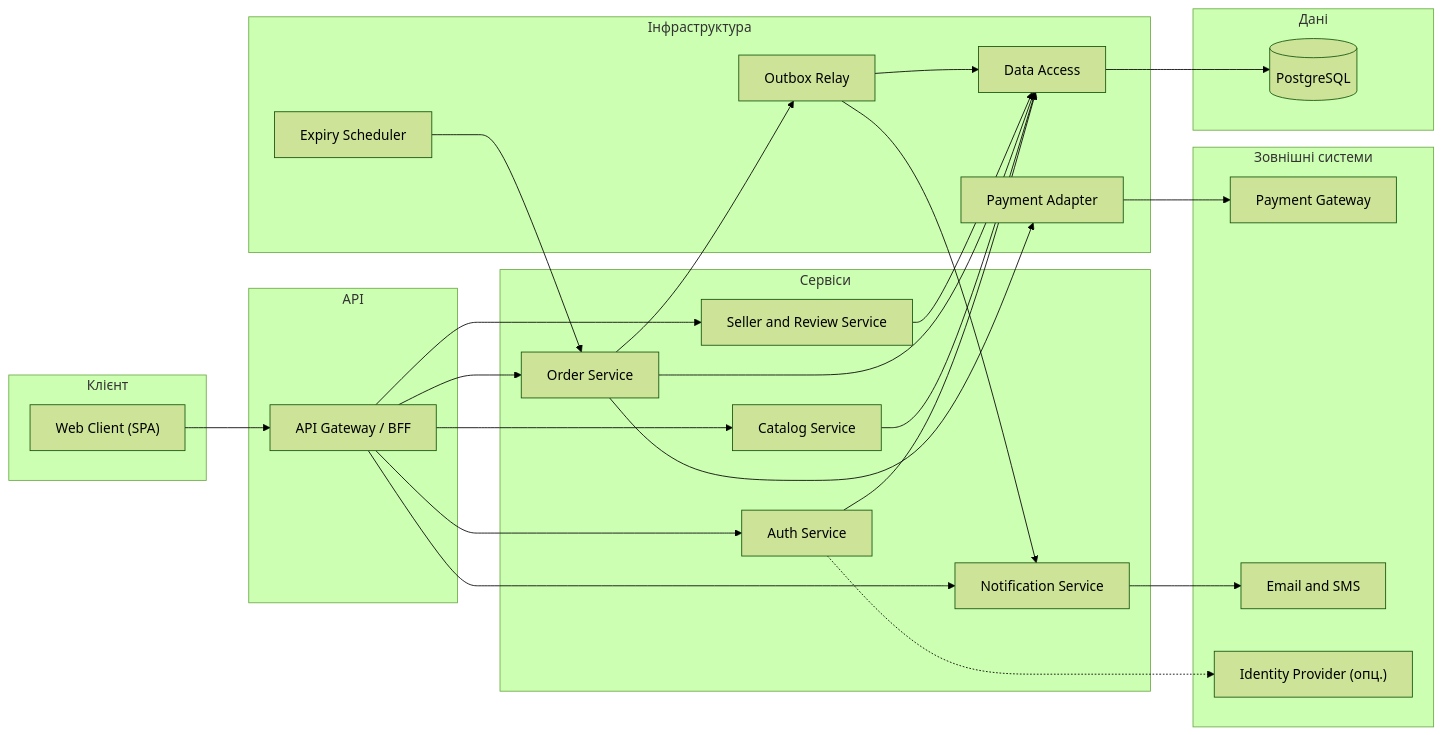
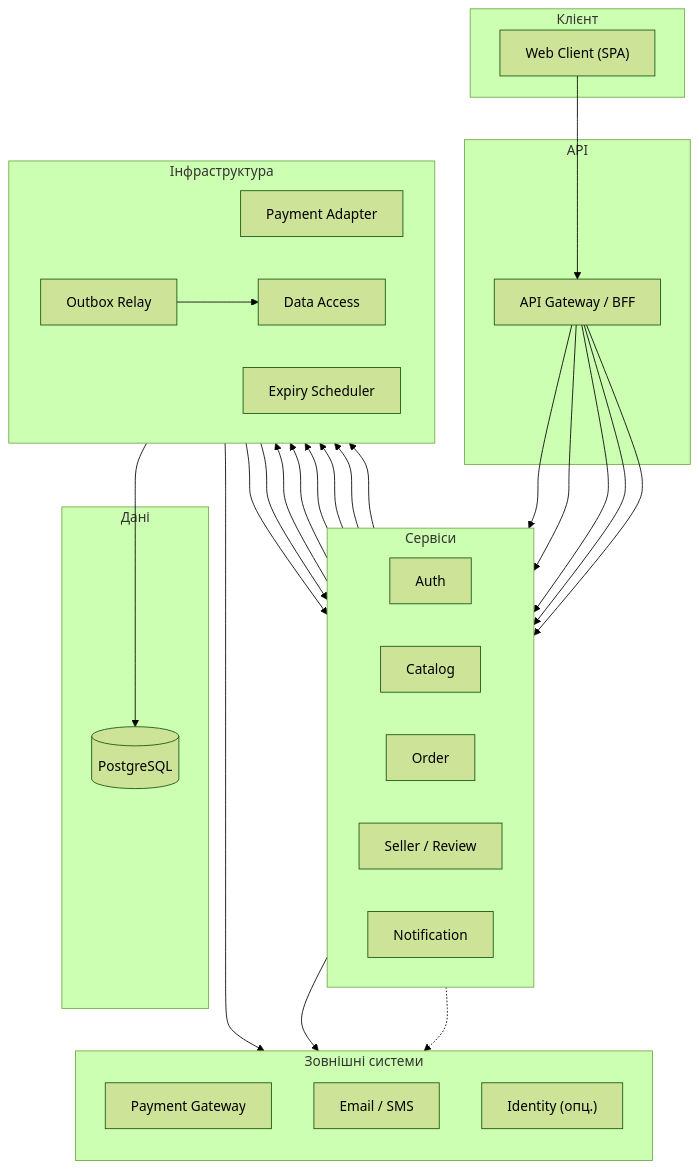
One commit to Stefect/Modeling-and-Analysis-of-Software-Requirements changed the diagram in task-5/component.md. Above: the diagram before and after it, drawn with Mermaid (forest theme). The commit also changed other lines of this file, not shown here.

Commit message:
refactor: покращено layout Mermaid (TB шари, direction LR у підграфах)

````diff
--- a/task-5/component.md
+++ b/task-5/component.md
@@ -7,66 +9,70 @@
 ```mermaid
-flowchart LR
+%%{init: {'flowchart': {'curve': 'basis'}}}%%
+flowchart TB
     %% --- Клієнт ---
     subgraph Client["Клієнт"]
         WebClient["Web Client (SPA)"]
     end
 
     %% --- API ---
     subgraph API["API"]
         Gateway["API Gateway / BFF"]
     end
 
     %% --- Сервіси ---
     subgraph Services["Сервіси"]
-        AuthService["Auth Service"]
-        CatalogService["Catalog Service"]
-        OrderService["Order Service"]
-        SellerReviewService["Seller and Review Service"]
-        NotificationService["Notification Service"]
+        direction LR
+        AuthService["Auth"]
+        CatalogService["Catalog"]
+        OrderService["Order"]
+        SellerReviewService["Seller / Review"]
+        NotificationService["Notification"]
     end
 
     %% --- Інфраструктура ---
     subgraph Infra["Інфраструктура"]
+        direction LR
         PaymentAdapter["Payment Adapter"]
         OutboxRelay["Outbox Relay"]
         ExpiryScheduler["Expiry Scheduler"]
         DataAccess["Data Access"]
     end
 
     %% --- Дані ---
     subgraph Data["Дані"]
         Database[("PostgreSQL")]
     end
 
     %% --- Зовнішні ---
     subgraph External["Зовнішні системи"]
+        direction TB
         PaymentGateway["Payment Gateway"]
-        EmailProvider["Email and SMS"]
-        IdentityProvider["Identity Provider (опц.)"]
+        EmailProvider["Email / SMS"]
+        IdentityProvider["Identity (опц.)"]
     end
 
-    %% --- Зв'язки ---
+    %% --- Зв'язки (основний потік) ---
     WebClient --> Gateway
     Gateway --> AuthService
     Gateway --> CatalogService
     Gateway --> OrderService
     Gateway --> SellerReviewService
     Gateway --> NotificationService
 
     AuthService --> DataAccess
     CatalogService --> DataAccess
     OrderService --> DataAccess
     SellerReviewService --> DataAccess
 
     OrderService --> PaymentAdapter
     OrderService --> OutboxRelay
     OutboxRelay --> DataAccess
     OutboxRelay --> NotificationService
     ExpiryScheduler --> OrderService
 
     PaymentAdapter --> PaymentGateway
     NotificationService --> EmailProvider
     AuthService -.-> IdentityProvider
 
     DataAccess --> Database
 ```
````
